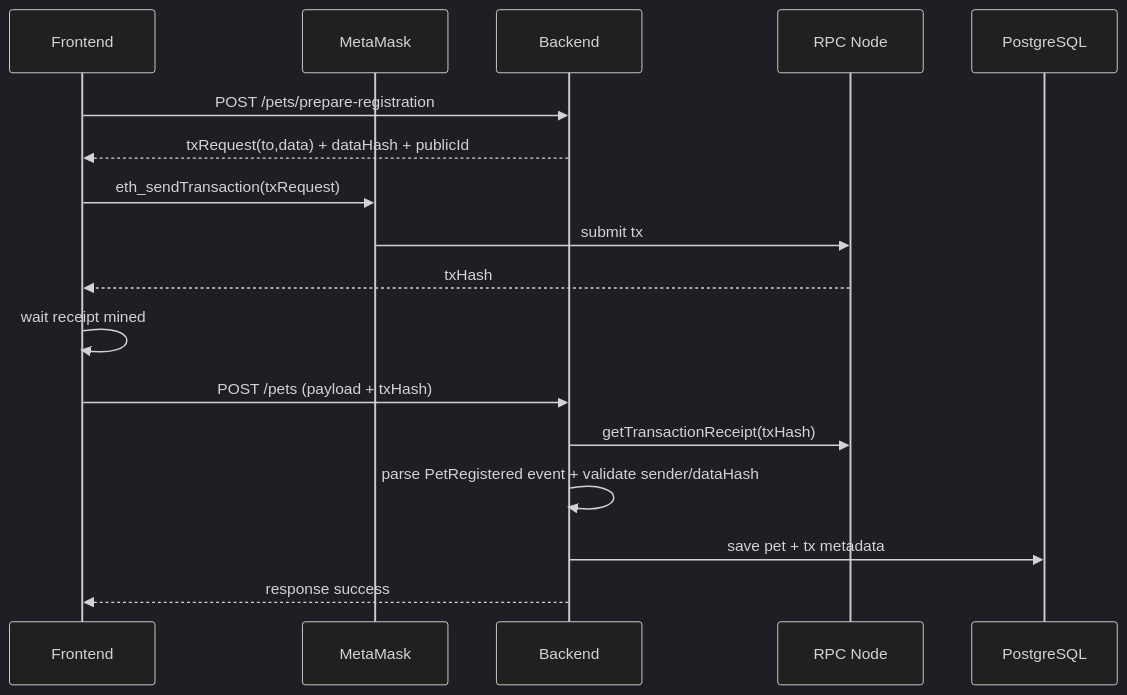
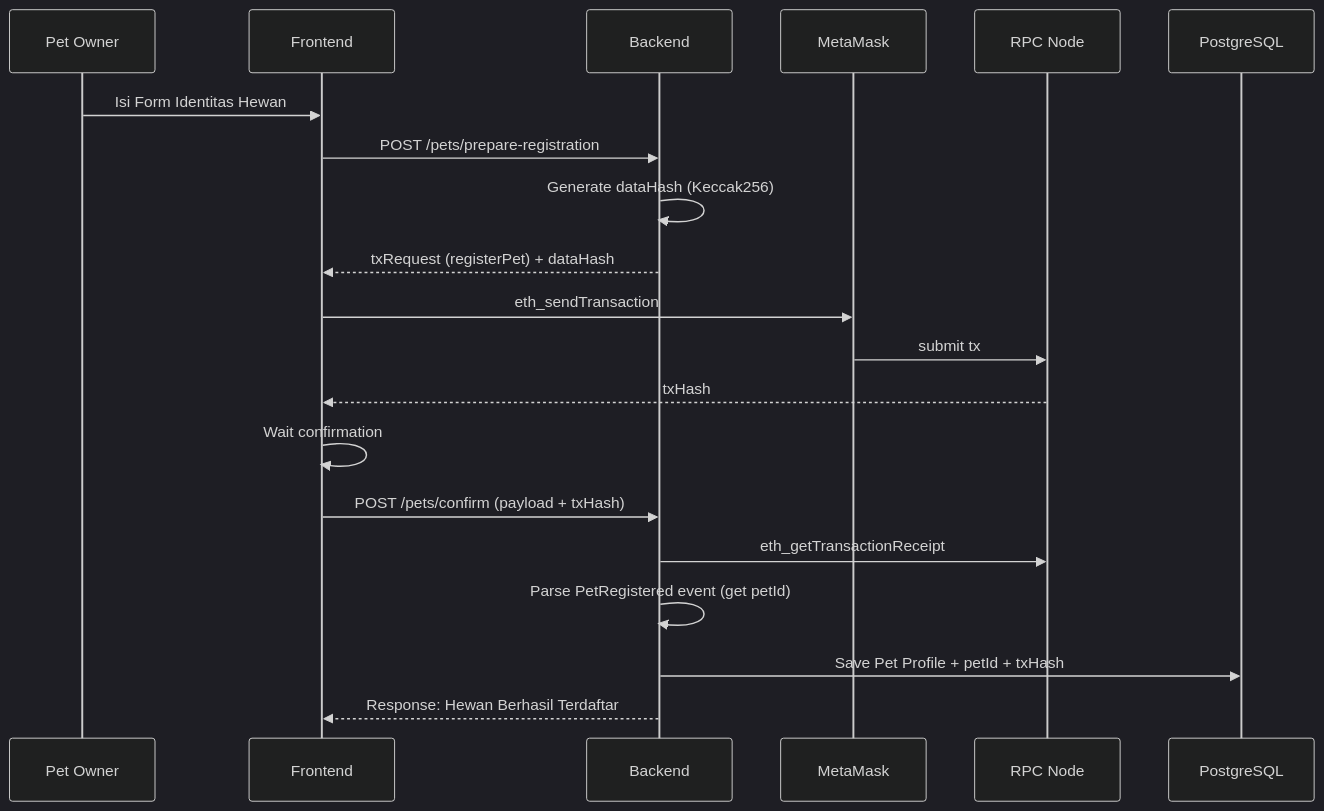
One commit to RusdyZain/Pet-Identity-Blockchain changed the eighth of 13 diagrams in README.md. Above: the diagram before and after it, drawn with Mermaid (dark theme). The commit also changed other lines of this file and 30 other files, not shown here.

````diff
--- a/README.md
+++ b/README.md
@@ -106,20 +201,23 @@
 ```mermaid
 sequenceDiagram
+    participant O as Pet Owner
     participant FE as Frontend
+    participant BE as Backend
     participant MM as MetaMask
-    participant BE as Backend
     participant RPC as RPC Node
     participant DB as PostgreSQL
 
+    O->>FE: Isi Form Identitas Hewan
     FE->>BE: POST /pets/prepare-registration
-    BE-->>FE: txRequest(to,data) + dataHash + publicId
-    FE->>MM: eth_sendTransaction(txRequest)
+    BE->>BE: Generate dataHash (Keccak256)
+    BE-->>FE: txRequest (registerPet) + dataHash
+    FE->>MM: eth_sendTransaction
     MM->>RPC: submit tx
     RPC-->>FE: txHash
-    FE->>FE: wait receipt mined
-    FE->>BE: POST /pets (payload + txHash)
-    BE->>RPC: getTransactionReceipt(txHash)
-    BE->>BE: parse PetRegistered event + validate sender/dataHash
-    BE->>DB: save pet + tx metadata
-    BE-->>FE: response success
+    FE->>FE: Wait confirmation
+    FE->>BE: POST /pets/confirm (payload + txHash)
+    BE->>RPC: eth_getTransactionReceipt
+    BE->>BE: Parse PetRegistered event (get petId)
+    BE->>DB: Save Pet Profile + petId + txHash
+    BE-->>FE: Response: Hewan Berhasil Terdaftar
 ```
````
